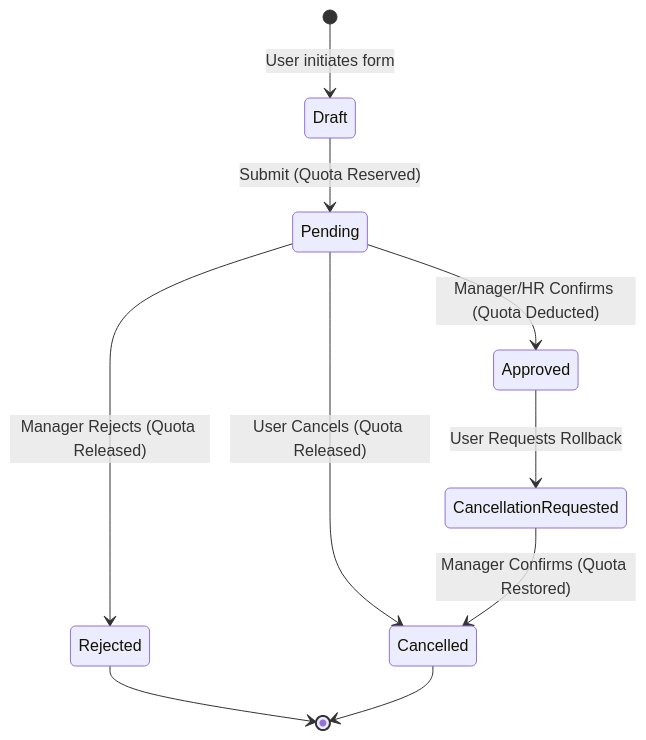
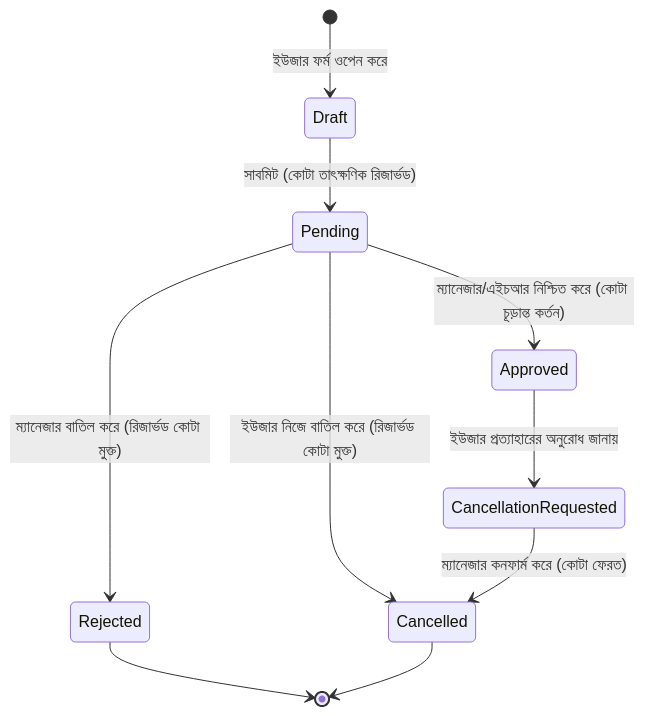
Before and after one commit to sojibrd/leave_management: the diagram in docs/expert-leave-management-guide.md, drawn with Mermaid. The commit also changed other lines of this file and 1 other file, not shown here.

````diff
--- a/docs/expert-leave-management-guide.md
+++ b/docs/expert-leave-management-guide.md
@@ -57,12 +57,12 @@
 ```mermaid
 stateDiagram-v2
-    [*] --> Draft : User initiates form
-    Draft --> Pending : Submit (Quota Reserved)
-    Pending --> Approved : Manager/HR Confirms (Quota Deducted)
-    Pending --> Rejected : Manager Rejects (Quota Released)
-    Pending --> Cancelled : User Cancels (Quota Released)
-    Approved --> CancellationRequested : User Requests Rollback
-    CancellationRequested --> Cancelled : Manager Confirms (Quota Restored)
+    [*] --> Draft : ইউজার ফর্ম ওপেন করে
+    Draft --> Pending : সাবমিট (কোটা তাৎক্ষণিক রিজার্ভড)
+    Pending --> Approved : ম্যানেজার/এইচআর নিশ্চিত করে (কোটা চূড়ান্ত কর্তন)
+    Pending --> Rejected : ম্যানেজার বাতিল করে (রিজার্ভড কোটা মুক্ত)
+    Pending --> Cancelled : ইউজার নিজে বাতিল করে (রিজার্ভড কোটা মুক্ত)
+    Approved --> CancellationRequested : ইউজার প্রত্যাহারের অনুরোধ জানায়
+    CancellationRequested --> Cancelled : ম্যানেজার কনফার্ম করে (কোটা ফেরত)
     Rejected --> [*]
     Cancelled --> [*]
 ```
````
